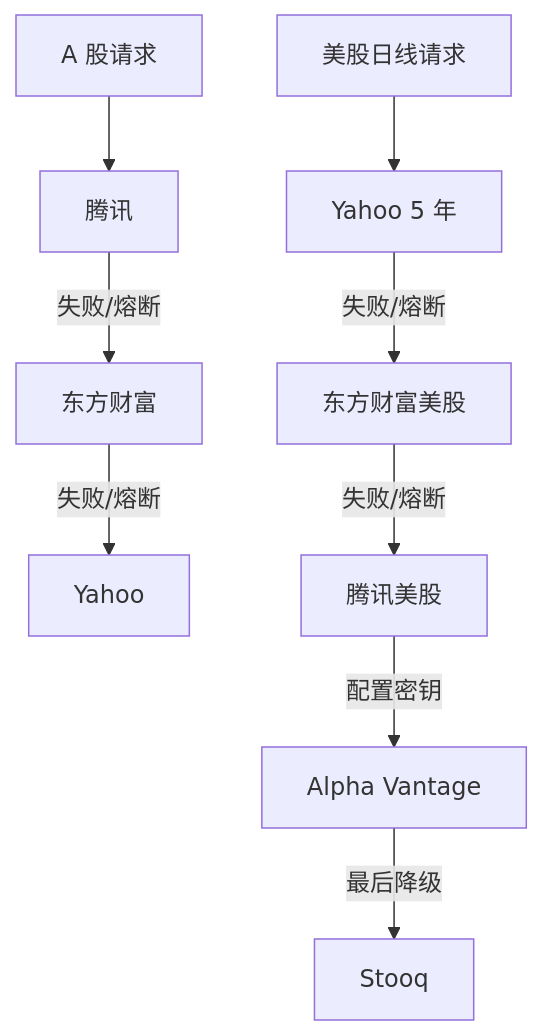
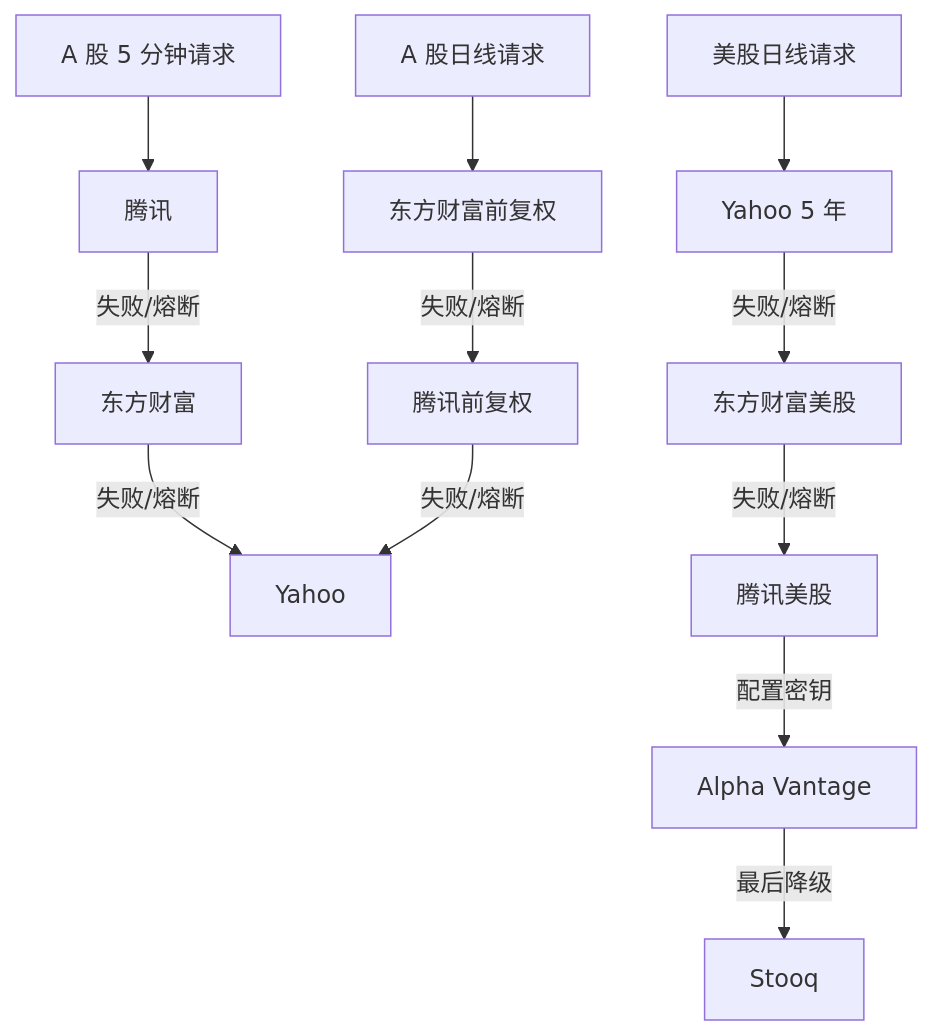
One commit to gaaiyun/TradingWorkbench changed the second of 5 diagrams in README.md. Above: the diagram before and after it, drawn with Mermaid. The commit also changed other lines of this file and 19 other files, not shown here.

````diff
--- a/README.md
+++ b/README.md
@@ -83,12 +83,16 @@
 ```mermaid
 flowchart TD
-    C["A 股请求"] --> CT["腾讯"]
+    C5["A 股 5 分钟请求"] --> CT["腾讯"]
     CT -->|失败/熔断| CE["东方财富"]
     CE -->|失败/熔断| CY["Yahoo"]
+
+    C1["A 股日线请求"] --> CD["东方财富前复权"]
+    CD -->|失败/熔断| CQ["腾讯前复权"]
+    CQ -->|失败/熔断| CY
 
     U["美股日线请求"] --> UY["Yahoo 5 年"]
     UY -->|失败/熔断| UE["东方财富美股"]
     UE -->|失败/熔断| UT["腾讯美股"]
     UT -->|配置密钥| UA["Alpha Vantage"]
     UA -->|最后降级| US["Stooq"]
 ```
````
